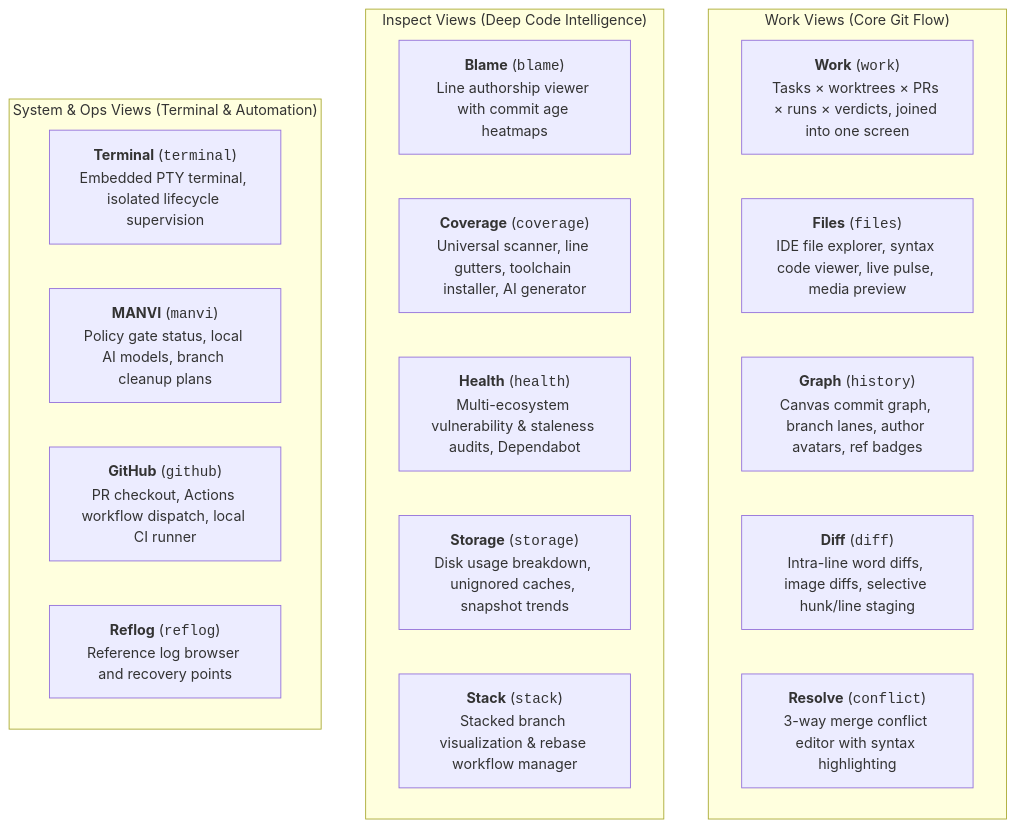
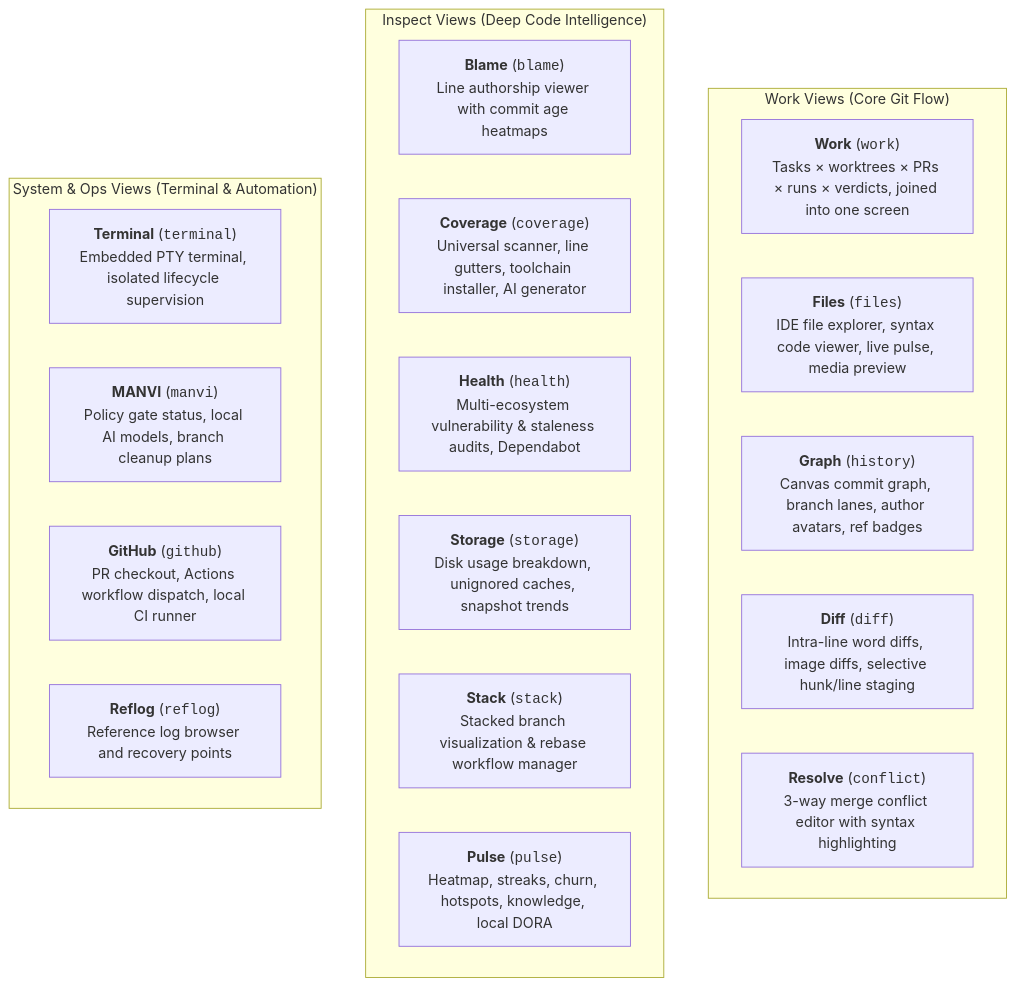
Before and after one commit to bharathvbcr/GitPulse: the first of 2 diagrams in docs/FEATURES.md, drawn with Mermaid. The commit also changed other lines of this file and 95 other files, not shown here.

````diff
--- a/docs/FEATURES.md
+++ b/docs/FEATURES.md
@@ -5,25 +5,26 @@
 ```mermaid
 flowchart TD
     subgraph WorkGroup["Work Views (Core Git Flow)"]
         Work["<b>Work</b> (<code>work</code>)<br/>Tasks × worktrees × PRs × runs × verdicts, joined into one screen"]
         Files["<b>Files</b> (<code>files</code>)<br/>IDE file explorer, syntax code viewer, live pulse, media preview"]
         History["<b>Graph</b> (<code>history</code>)<br/>Canvas commit graph, branch lanes, author avatars, ref badges"]
         Diff["<b>Diff</b> (<code>diff</code>)<br/>Intra-line word diffs, image diffs, selective hunk/line staging"]
         Conflict["<b>Resolve</b> (<code>conflict</code>)<br/>3-way merge conflict editor with syntax highlighting"]
     end
 
     subgraph InspectGroup["Inspect Views (Deep Code Intelligence)"]
         Blame["<b>Blame</b> (<code>blame</code>)<br/>Line authorship viewer with commit age heatmaps"]
         Coverage["<b>Coverage</b> (<code>coverage</code>)<br/>Universal scanner, line gutters, toolchain installer, AI generator"]
         Health["<b>Health</b> (<code>health</code>)<br/>Multi-ecosystem vulnerability & staleness audits, Dependabot"]
         Storage["<b>Storage</b> (<code>storage</code>)<br/>Disk usage breakdown, unignored caches, snapshot trends"]
         Stack["<b>Stack</b> (<code>stack</code>)<br/>Stacked branch visualization & rebase workflow manager"]
+        Pulse["<b>Pulse</b> (<code>pulse</code>)<br/>Heatmap, streaks, churn, hotspots, knowledge, local DORA"]
     end
 
     subgraph SystemGroup["System & Ops Views (Terminal & Automation)"]
         Terminal["<b>Terminal</b> (<code>terminal</code>)<br/>Embedded PTY terminal, isolated lifecycle supervision"]
         MANVI["<b>MANVI</b> (<code>manvi</code>)<br/>Policy gate status, local AI models, branch cleanup plans"]
         GitHub["<b>GitHub</b> (<code>github</code>)<br/>PR checkout, Actions workflow dispatch, local CI runner"]
         Reflog["<b>Reflog</b> (<code>reflog</code>)<br/>Reference log browser and recovery points"]
     end
 ```
````
